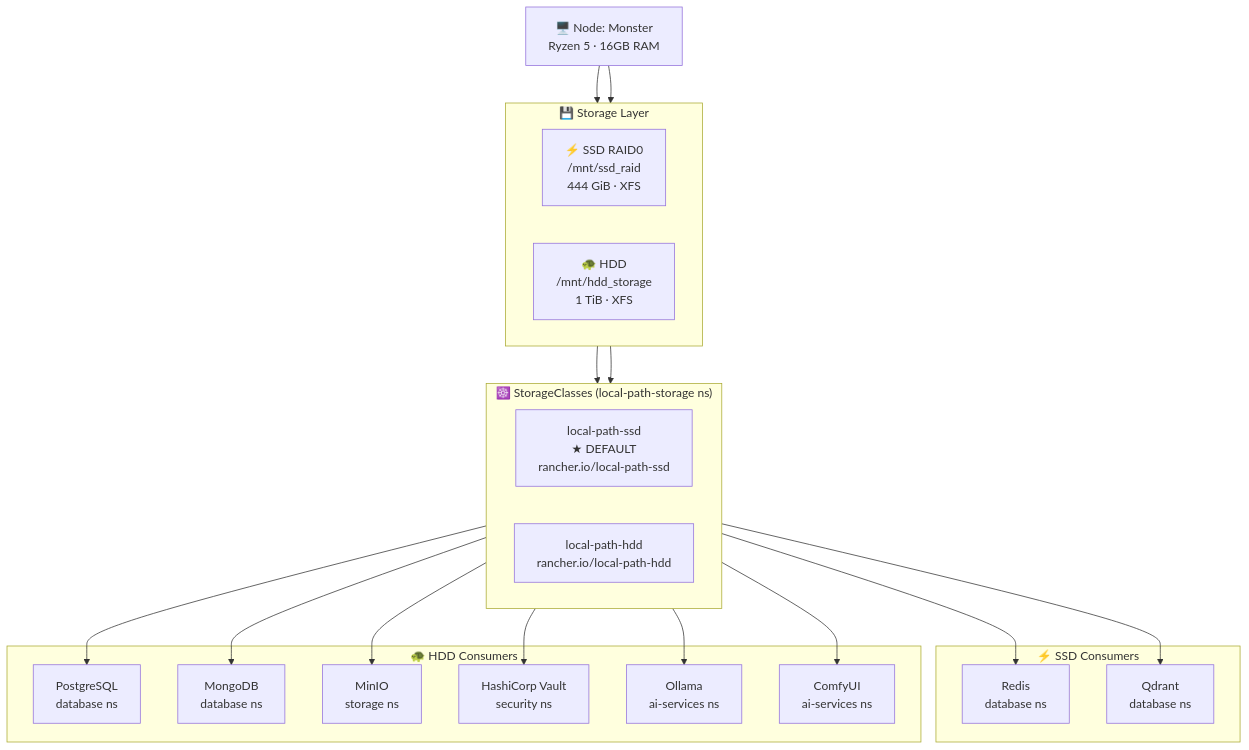
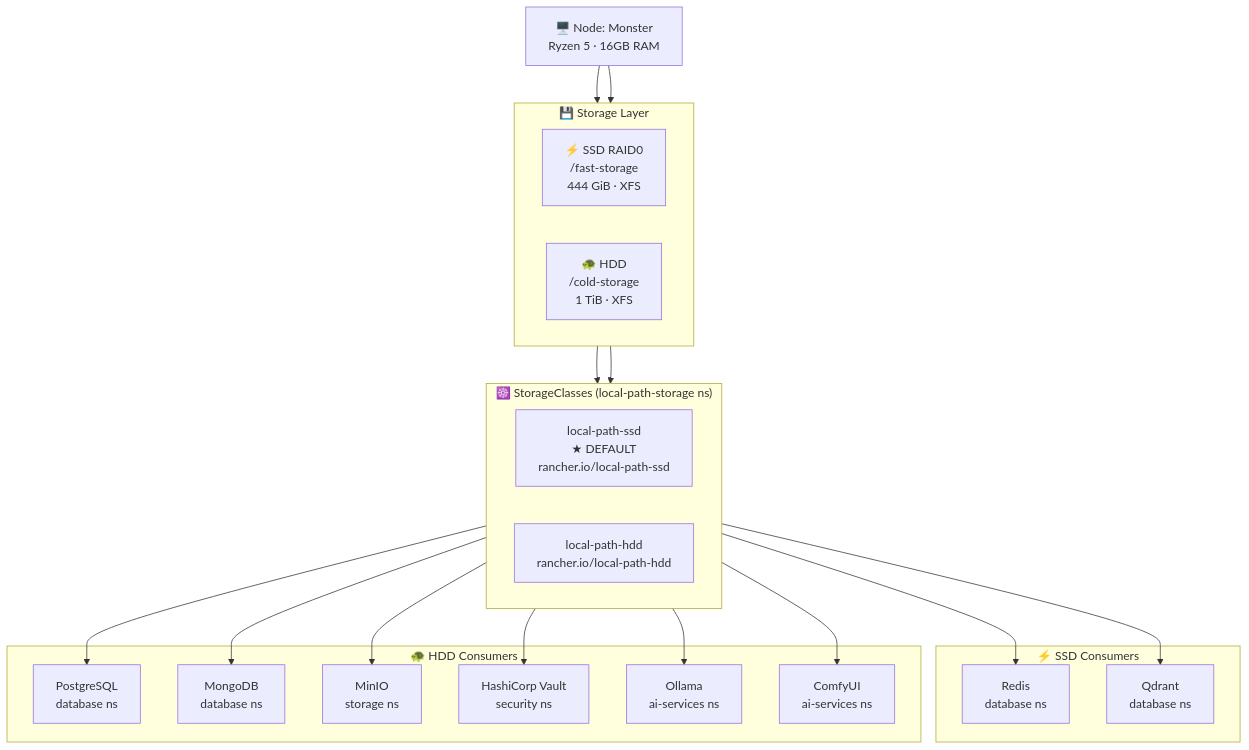
Before and after one commit to GDavij/homelab-gitops-k8s-cluster: the first of 2 diagrams in ARCHITECTURE.md, drawn with Mermaid. The commit also changed other lines of this file and 1 other file, not shown here.

Commit message:
vibe(#storage-path-review)

````diff
--- a/ARCHITECTURE.md
+++ b/ARCHITECTURE.md
@@ -174,43 +174,43 @@
 ```mermaid
 graph TD
     Node["🖥️ Node: Monster\nRyzen 5 · 16GB RAM"]
 
     subgraph storage["💾 Storage Layer"]
         direction LR
-        SSD["⚡ SSD RAID0\n/mnt/ssd_raid\n444 GiB · XFS"]
-        HDD["🐢 HDD\n/mnt/hdd_storage\n1 TiB · XFS"]
+        SSD["⚡ SSD RAID0\n/fast-storage\n444 GiB · XFS"]
+        HDD["🐢 HDD\n/cold-storage\n1 TiB · XFS"]
     end
 
     subgraph provisioners["☸️ StorageClasses  (local-path-storage ns)"]
         direction LR
         SC_SSD["local-path-ssd\n★ DEFAULT\nrancher.io/local-path-ssd"]
         SC_HDD["local-path-hdd\nrancher.io/local-path-hdd"]
     end
 
     subgraph ssd_consumers["⚡ SSD Consumers"]
         Redis["Redis\ndatabase ns"]
         Qdrant["Qdrant\ndatabase ns"]
     end
 
     subgraph hdd_consumers["🐢 HDD Consumers"]
         Postgres["PostgreSQL\ndatabase ns"]
         MongoDB["MongoDB\ndatabase ns"]
         MinIO["MinIO\nstorage ns"]
         Vault["HashiCorp Vault\nsecurity ns"]
         Ollama["Ollama\nai-services ns"]
         ComfyUI["ComfyUI\nai-services ns"]
     end
 
     Node --> SSD
     Node --> HDD
     SSD --> SC_SSD
     HDD --> SC_HDD
     SC_SSD --> Redis
     SC_SSD --> Qdrant
     SC_HDD --> Postgres
     SC_HDD --> MongoDB
     SC_HDD --> MinIO
     SC_HDD --> Vault
     SC_HDD --> Ollama
     SC_HDD --> ComfyUI
 ```
````
